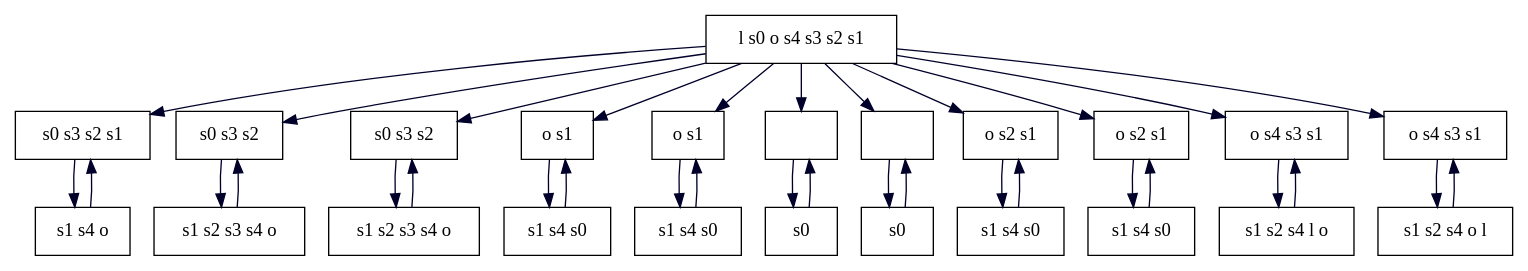
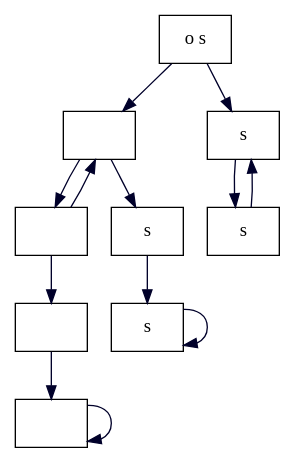
Before and after one commit to hobitans/TGHyper: the diagram in files/out.dot, drawn with Graphviz. The commit also changed 11 other files, not shown here.

```diff
--- a/files/out.dot
+++ b/files/out.dot
@@ -1,111 +1,26 @@
 digraph G {
-  "ip_pv5i0Ipv1i0Ipv5i1Ipv1i0Ipv5i2Ipv1i0Ipv5i3Ipv1i0Ipv5i4Ipv1i0I00000_0-1[s0 s3 s2 s1 ]" [
-  shape=box, label="s0 s3 s2 s1 ", ];
-  "ip_pv5i0Ipv1i0Ipv5i1Ipv1i0Ipv5i2Ipv1i0Ipv5i3Ipv1i0Ipv5i4Ipv1i0I00000_0-2[s1 s4 o ]" [
-  shape=box, label="s1 s4 o ", ];
-  "pv5i0Ipv1i0I_pv5i1Ipv1i0Ipv5i2Ipv1i0Ipv5i3Ipv1i0Ipv5i4Ipv1i0I0000_0-1[s0 s3 s2 ]" [
-  shape=box, label="s0 s3 s2 ", ];
-  "pv5i0Ipv1i0I_pv5i1Ipv1i0Ipv5i2Ipv1i0Ipv5i3Ipv1i0Ipv5i4Ipv1i0I0000_0-2[s1 s2 s3 s4 o ]" [
-  shape=box, label="s1 s2 s3 s4 o ", ];
-  "pv5i0_ippv5i0Ipv1i0Ipv5i1Ipv1i0Ipv5i2Ipv1i0Ipv5i3Ipv1i0Ipv5i4Ipv1i0I000000_0-1[s0 s3 s2 ]" [
-  shape=box, label="s0 s3 s2 ", ];
-  "pv5i0_ippv5i0Ipv1i0Ipv5i1Ipv1i0Ipv5i2Ipv1i0Ipv5i3Ipv1i0Ipv5i4Ipv1i0I000000_0-2[s1 s2 s3 s4 o ]" [
-  shape=box, label="s1 s2 s3 s4 o ", ];
-  "pv5i1Ipv1i0I_pv5i2Ipv1i0Ipv5i3Ipv1i0Ipv5i4Ipv1i0I000_0-1[o s1 ]" [
-  shape=box, label="o s1 ", ];
-  "pv5i1Ipv1i0I_pv5i2Ipv1i0Ipv5i3Ipv1i0Ipv5i4Ipv1i0I000_0-2[s1 s4 s0 ]" [
-  shape=box, label="s1 s4 s0 ", ];
-  "pv5i1_ippv5i0Ipv1i0Ipv5i1Ipv1i0Ipv5i2Ipv1i0Ipv5i3Ipv1i0Ipv5i4Ipv1i0I000000_0-1[o s1 ]" [
-  shape=box, label="o s1 ", ];
-  "pv5i1_ippv5i0Ipv1i0Ipv5i1Ipv1i0Ipv5i2Ipv1i0Ipv5i3Ipv1i0Ipv5i4Ipv1i0I000000_0-2[s1 s4 s0 ]" [
-  shape=box, label="s1 s4 s0 ", ];
-  "pv5i2Ipv1i0I_pv5i3Ipv1i0Ipv5i4Ipv1i0I00_0-1[]" [shape=box, label="", ];
-  "pv5i2Ipv1i0I_pv5i3Ipv1i0Ipv5i4Ipv1i0I00_0-2[s0 ]" [shape=box, label="s0 ", ];
-  "pv5i2_ippv5i0Ipv1i0Ipv5i1Ipv1i0Ipv5i2Ipv1i0Ipv5i3Ipv1i0Ipv5i4Ipv1i0I000000_0-1[]" [
-  shape=box, label="", ];
-  "pv5i2_ippv5i0Ipv1i0Ipv5i1Ipv1i0Ipv5i2Ipv1i0Ipv5i3Ipv1i0Ipv5i4Ipv1i0I000000_0-2[s0 ]" [
-  shape=box, label="s0 ", ];
-  "pv5i3Ipv1i0I_pv5i4Ipv1i0I0_0-1[o s2 s1 ]" [shape=box, label="o s2 s1 ", ];
-  "pv5i3Ipv1i0I_pv5i4Ipv1i0I0_0-2[s1 s4 s0 ]" [shape=box, label="s1 s4 s0 ", ];
-  "pv5i3_ippv5i0Ipv1i0Ipv5i1Ipv1i0Ipv5i2Ipv1i0Ipv5i3Ipv1i0Ipv5i4Ipv1i0I000000_0-1[o s2 s1 ]" [
-  shape=box, label="o s2 s1 ", ];
-  "pv5i3_ippv5i0Ipv1i0Ipv5i1Ipv1i0Ipv5i2Ipv1i0Ipv5i3Ipv1i0Ipv5i4Ipv1i0I000000_0-2[s1 s4 s0 ]" [
-  shape=box, label="s1 s4 s0 ", ];
-  "pv5i4Ipv1i0I_0-0[l s0 o s4 s3 s2 s1 ]" [shape=box,
-                                           label="l s0 o s4 s3 s2 s1 ", ];
-  "pv5i4Ipv1i0I_0-1[o s4 s3 s1 ]" [shape=box, label="o s4 s3 s1 ", ];
-  "pv5i4Ipv1i0I_0-2[s1 s2 s4 l o ]" [shape=box, label="s1 s2 s4 l o ", ];
-  "pv5i4_ippv5i0Ipv1i0Ipv5i1Ipv1i0Ipv5i2Ipv1i0Ipv5i3Ipv1i0Ipv5i4Ipv1i0I000000_0-1[o s4 s3 s1 ]" [
-  shape=box, label="o s4 s3 s1 ", ];
-  "pv5i4_ippv5i0Ipv1i0Ipv5i1Ipv1i0Ipv5i2Ipv1i0Ipv5i3Ipv1i0Ipv5i4Ipv1i0I000000_0-2[s1 s2 s4 o l ]" [
-  shape=box, label="s1 s2 s4 o l ", ];
+  "p0_0-0[o s ]" [shape=box, label="o s ", ];
+  "p0_0-1[]" [shape=box, label="", ];
+  "p0_0-2[]" [shape=box, label="", ];
+  "p1_p00_0-1[s ]" [shape=box, label="s ", ];
+  "p1_p00_0-2[s ]" [shape=box, label="s ", ];
+  "p1_p00_1-1[s ]" [shape=box, label="s ", ];
+  "p1_p00_1-2[s ]" [shape=box, label="s ", ];
+  "p1_p00_2-1[]" [shape=box, label="", ];
+  "p1_p00_2-2[]" [shape=box, label="", ];
   
   
-  "ip_pv5i0Ipv1i0Ipv5i1Ipv1i0Ipv5i2Ipv1i0Ipv5i3Ipv1i0Ipv5i4Ipv1i0I00000_0-1[s0 s3 s2 s1 ]" -> "ip_pv5i0Ipv1i0Ipv5i1Ipv1i0Ipv5i2Ipv1i0Ipv5i3Ipv1i0Ipv5i4Ipv1i0I00000_0-2[s1 s4 o ]" [
-  color="#00002A", ];
-  "ip_pv5i0Ipv1i0Ipv5i1Ipv1i0Ipv5i2Ipv1i0Ipv5i3Ipv1i0Ipv5i4Ipv1i0I00000_0-2[s1 s4 o ]" -> "ip_pv5i0Ipv1i0Ipv5i1Ipv1i0Ipv5i2Ipv1i0Ipv5i3Ipv1i0Ipv5i4Ipv1i0I00000_0-1[s0 s3 s2 s1 ]" [
-  color="#00002A", ];
-  "pv5i0Ipv1i0I_pv5i1Ipv1i0Ipv5i2Ipv1i0Ipv5i3Ipv1i0Ipv5i4Ipv1i0I0000_0-1[s0 s3 s2 ]" -> "pv5i0Ipv1i0I_pv5i1Ipv1i0Ipv5i2Ipv1i0Ipv5i3Ipv1i0Ipv5i4Ipv1i0I0000_0-2[s1 s2 s3 s4 o ]" [
-  color="#00002A", ];
-  "pv5i0Ipv1i0I_pv5i1Ipv1i0Ipv5i2Ipv1i0Ipv5i3Ipv1i0Ipv5i4Ipv1i0I0000_0-2[s1 s2 s3 s4 o ]" -> "pv5i0Ipv1i0I_pv5i1Ipv1i0Ipv5i2Ipv1i0Ipv5i3Ipv1i0Ipv5i4Ipv1i0I0000_0-1[s0 s3 s2 ]" [
-  color="#00002A", ];
-  "pv5i0_ippv5i0Ipv1i0Ipv5i1Ipv1i0Ipv5i2Ipv1i0Ipv5i3Ipv1i0Ipv5i4Ipv1i0I000000_0-1[s0 s3 s2 ]" -> "pv5i0_ippv5i0Ipv1i0Ipv5i1Ipv1i0Ipv5i2Ipv1i0Ipv5i3Ipv1i0Ipv5i4Ipv1i0I000000_0-2[s1 s2 s3 s4 o ]" [
-  color="#00002A", ];
-  "pv5i0_ippv5i0Ipv1i0Ipv5i1Ipv1i0Ipv5i2Ipv1i0Ipv5i3Ipv1i0Ipv5i4Ipv1i0I000000_0-2[s1 s2 s3 s4 o ]" -> "pv5i0_ippv5i0Ipv1i0Ipv5i1Ipv1i0Ipv5i2Ipv1i0Ipv5i3Ipv1i0Ipv5i4Ipv1i0I000000_0-1[s0 s3 s2 ]" [
-  color="#00002A", ];
-  "pv5i1Ipv1i0I_pv5i2Ipv1i0Ipv5i3Ipv1i0Ipv5i4Ipv1i0I000_0-1[o s1 ]" -> "pv5i1Ipv1i0I_pv5i2Ipv1i0Ipv5i3Ipv1i0Ipv5i4Ipv1i0I000_0-2[s1 s4 s0 ]" [
-  color="#00002A", ];
-  "pv5i1Ipv1i0I_pv5i2Ipv1i0Ipv5i3Ipv1i0Ipv5i4Ipv1i0I000_0-2[s1 s4 s0 ]" -> "pv5i1Ipv1i0I_pv5i2Ipv1i0Ipv5i3Ipv1i0Ipv5i4Ipv1i0I000_0-1[o s1 ]" [
-  color="#00002A", ];
-  "pv5i1_ippv5i0Ipv1i0Ipv5i1Ipv1i0Ipv5i2Ipv1i0Ipv5i3Ipv1i0Ipv5i4Ipv1i0I000000_0-1[o s1 ]" -> "pv5i1_ippv5i0Ipv1i0Ipv5i1Ipv1i0Ipv5i2Ipv1i0Ipv5i3Ipv1i0Ipv5i4Ipv1i0I000000_0-2[s1 s4 s0 ]" [
-  color="#00002A", ];
-  "pv5i1_ippv5i0Ipv1i0Ipv5i1Ipv1i0Ipv5i2Ipv1i0Ipv5i3Ipv1i0Ipv5i4Ipv1i0I000000_0-2[s1 s4 s0 ]" -> "pv5i1_ippv5i0Ipv1i0Ipv5i1Ipv1i0Ipv5i2Ipv1i0Ipv5i3Ipv1i0Ipv5i4Ipv1i0I000000_0-1[o s1 ]" [
-  color="#00002A", ];
-  "pv5i2Ipv1i0I_pv5i3Ipv1i0Ipv5i4Ipv1i0I00_0-1[]" -> "pv5i2Ipv1i0I_pv5i3Ipv1i0Ipv5i4Ipv1i0I00_0-2[s0 ]" [
-  color="#00002A", ];
-  "pv5i2Ipv1i0I_pv5i3Ipv1i0Ipv5i4Ipv1i0I00_0-2[s0 ]" -> "pv5i2Ipv1i0I_pv5i3Ipv1i0Ipv5i4Ipv1i0I00_0-1[]" [
-  color="#00002A", ];
-  "pv5i2_ippv5i0Ipv1i0Ipv5i1Ipv1i0Ipv5i2Ipv1i0Ipv5i3Ipv1i0Ipv5i4Ipv1i0I000000_0-1[]" -> "pv5i2_ippv5i0Ipv1i0Ipv5i1Ipv1i0Ipv5i2Ipv1i0Ipv5i3Ipv1i0Ipv5i4Ipv1i0I000000_0-2[s0 ]" [
-  color="#00002A", ];
-  "pv5i2_ippv5i0Ipv1i0Ipv5i1Ipv1i0Ipv5i2Ipv1i0Ipv5i3Ipv1i0Ipv5i4Ipv1i0I000000_0-2[s0 ]" -> "pv5i2_ippv5i0Ipv1i0Ipv5i1Ipv1i0Ipv5i2Ipv1i0Ipv5i3Ipv1i0Ipv5i4Ipv1i0I000000_0-1[]" [
-  color="#00002A", ];
-  "pv5i3Ipv1i0I_pv5i4Ipv1i0I0_0-1[o s2 s1 ]" -> "pv5i3Ipv1i0I_pv5i4Ipv1i0I0_0-2[s1 s4 s0 ]" [
-  color="#00002A", ];
-  "pv5i3Ipv1i0I_pv5i4Ipv1i0I0_0-2[s1 s4 s0 ]" -> "pv5i3Ipv1i0I_pv5i4Ipv1i0I0_0-1[o s2 s1 ]" [
-  color="#00002A", ];
-  "pv5i3_ippv5i0Ipv1i0Ipv5i1Ipv1i0Ipv5i2Ipv1i0Ipv5i3Ipv1i0Ipv5i4Ipv1i0I000000_0-1[o s2 s1 ]" -> "pv5i3_ippv5i0Ipv1i0Ipv5i1Ipv1i0Ipv5i2Ipv1i0Ipv5i3Ipv1i0Ipv5i4Ipv1i0I000000_0-2[s1 s4 s0 ]" [
-  color="#00002A", ];
-  "pv5i3_ippv5i0Ipv1i0Ipv5i1Ipv1i0Ipv5i2Ipv1i0Ipv5i3Ipv1i0Ipv5i4Ipv1i0I000000_0-2[s1 s4 s0 ]" -> "pv5i3_ippv5i0Ipv1i0Ipv5i1Ipv1i0Ipv5i2Ipv1i0Ipv5i3Ipv1i0Ipv5i4Ipv1i0I000000_0-1[o s2 s1 ]" [
-  color="#00002A", ];
-  "pv5i4Ipv1i0I_0-0[l s0 o s4 s3 s2 s1 ]" -> "ip_pv5i0Ipv1i0Ipv5i1Ipv1i0Ipv5i2Ipv1i0Ipv5i3Ipv1i0Ipv5i4Ipv1i0I00000_0-1[s0 s3 s2 s1 ]" [
-  color="#00002A", ];
-  "pv5i4Ipv1i0I_0-0[l s0 o s4 s3 s2 s1 ]" -> "pv5i0Ipv1i0I_pv5i1Ipv1i0Ipv5i2Ipv1i0Ipv5i3Ipv1i0Ipv5i4Ipv1i0I0000_0-1[s0 s3 s2 ]" [
-  color="#00002A", ];
-  "pv5i4Ipv1i0I_0-0[l s0 o s4 s3 s2 s1 ]" -> "pv5i0_ippv5i0Ipv1i0Ipv5i1Ipv1i0Ipv5i2Ipv1i0Ipv5i3Ipv1i0Ipv5i4Ipv1i0I000000_0-1[s0 s3 s2 ]" [
-  color="#00002A", ];
-  "pv5i4Ipv1i0I_0-0[l s0 o s4 s3 s2 s1 ]" -> "pv5i1Ipv1i0I_pv5i2Ipv1i0Ipv5i3Ipv1i0Ipv5i4Ipv1i0I000_0-1[o s1 ]" [
-  color="#00002A", ];
-  "pv5i4Ipv1i0I_0-0[l s0 o s4 s3 s2 s1 ]" -> "pv5i1_ippv5i0Ipv1i0Ipv5i1Ipv1i0Ipv5i2Ipv1i0Ipv5i3Ipv1i0Ipv5i4Ipv1i0I000000_0-1[o s1 ]" [
-  color="#00002A", ];
-  "pv5i4Ipv1i0I_0-0[l s0 o s4 s3 s2 s1 ]" -> "pv5i2Ipv1i0I_pv5i3Ipv1i0Ipv5i4Ipv1i0I00_0-1[]" [
-  color="#00002A", ];
-  "pv5i4Ipv1i0I_0-0[l s0 o s4 s3 s2 s1 ]" -> "pv5i2_ippv5i0Ipv1i0Ipv5i1Ipv1i0Ipv5i2Ipv1i0Ipv5i3Ipv1i0Ipv5i4Ipv1i0I000000_0-1[]" [
-  color="#00002A", ];
-  "pv5i4Ipv1i0I_0-0[l s0 o s4 s3 s2 s1 ]" -> "pv5i3Ipv1i0I_pv5i4Ipv1i0I0_0-1[o s2 s1 ]" [
-  color="#00002A", ];
-  "pv5i4Ipv1i0I_0-0[l s0 o s4 s3 s2 s1 ]" -> "pv5i3_ippv5i0Ipv1i0Ipv5i1Ipv1i0Ipv5i2Ipv1i0Ipv5i3Ipv1i0Ipv5i4Ipv1i0I000000_0-1[o s2 s1 ]" [
-  color="#00002A", ];
-  "pv5i4Ipv1i0I_0-0[l s0 o s4 s3 s2 s1 ]" -> "pv5i4Ipv1i0I_0-1[o s4 s3 s1 ]" [
-  color="#00002A", ];
-  "pv5i4Ipv1i0I_0-0[l s0 o s4 s3 s2 s1 ]" -> "pv5i4_ippv5i0Ipv1i0Ipv5i1Ipv1i0Ipv5i2Ipv1i0Ipv5i3Ipv1i0Ipv5i4Ipv1i0I000000_0-1[o s4 s3 s1 ]" [
-  color="#00002A", ];
-  "pv5i4Ipv1i0I_0-1[o s4 s3 s1 ]" -> "pv5i4Ipv1i0I_0-2[s1 s2 s4 l o ]" [
-  color="#00002A", ];
-  "pv5i4Ipv1i0I_0-2[s1 s2 s4 l o ]" -> "pv5i4Ipv1i0I_0-1[o s4 s3 s1 ]" [
-  color="#00002A", ];
-  "pv5i4_ippv5i0Ipv1i0Ipv5i1Ipv1i0Ipv5i2Ipv1i0Ipv5i3Ipv1i0Ipv5i4Ipv1i0I000000_0-1[o s4 s3 s1 ]" -> "pv5i4_ippv5i0Ipv1i0Ipv5i1Ipv1i0Ipv5i2Ipv1i0Ipv5i3Ipv1i0Ipv5i4Ipv1i0I000000_0-2[s1 s2 s4 o l ]" [
-  color="#00002A", ];
-  "pv5i4_ippv5i0Ipv1i0Ipv5i1Ipv1i0Ipv5i2Ipv1i0Ipv5i3Ipv1i0Ipv5i4Ipv1i0I000000_0-2[s1 s2 s4 o l ]" -> "pv5i4_ippv5i0Ipv1i0Ipv5i1Ipv1i0Ipv5i2Ipv1i0Ipv5i3Ipv1i0Ipv5i4Ipv1i0I000000_0-1[o s4 s3 s1 ]" [
-  color="#00002A", ];
+  "p0_0-0[o s ]" -> "p0_0-1[]" [color="#00002A", ];
+  "p0_0-0[o s ]" -> "p1_p00_0-1[s ]" [color="#00002A", ];
+  "p0_0-1[]" -> "p0_0-2[]" [color="#00002A", ];
+  "p0_0-1[]" -> "p1_p00_1-1[s ]" [color="#00002A", ];
+  "p0_0-2[]" -> "p0_0-1[]" [color="#00002A", ];
+  "p0_0-2[]" -> "p1_p00_2-1[]" [color="#00002A", ];
+  "p1_p00_0-1[s ]" -> "p1_p00_0-2[s ]" [color="#00002A", ];
+  "p1_p00_0-2[s ]" -> "p1_p00_0-1[s ]" [color="#00002A", ];
+  "p1_p00_1-1[s ]" -> "p1_p00_1-2[s ]" [color="#00002A", ];
+  "p1_p00_1-2[s ]" -> "p1_p00_1-2[s ]" [color="#00002A", ];
+  "p1_p00_2-1[]" -> "p1_p00_2-2[]" [color="#00002A", ];
+  "p1_p00_2-2[]" -> "p1_p00_2-2[]" [color="#00002A", ];
   
   }
```
